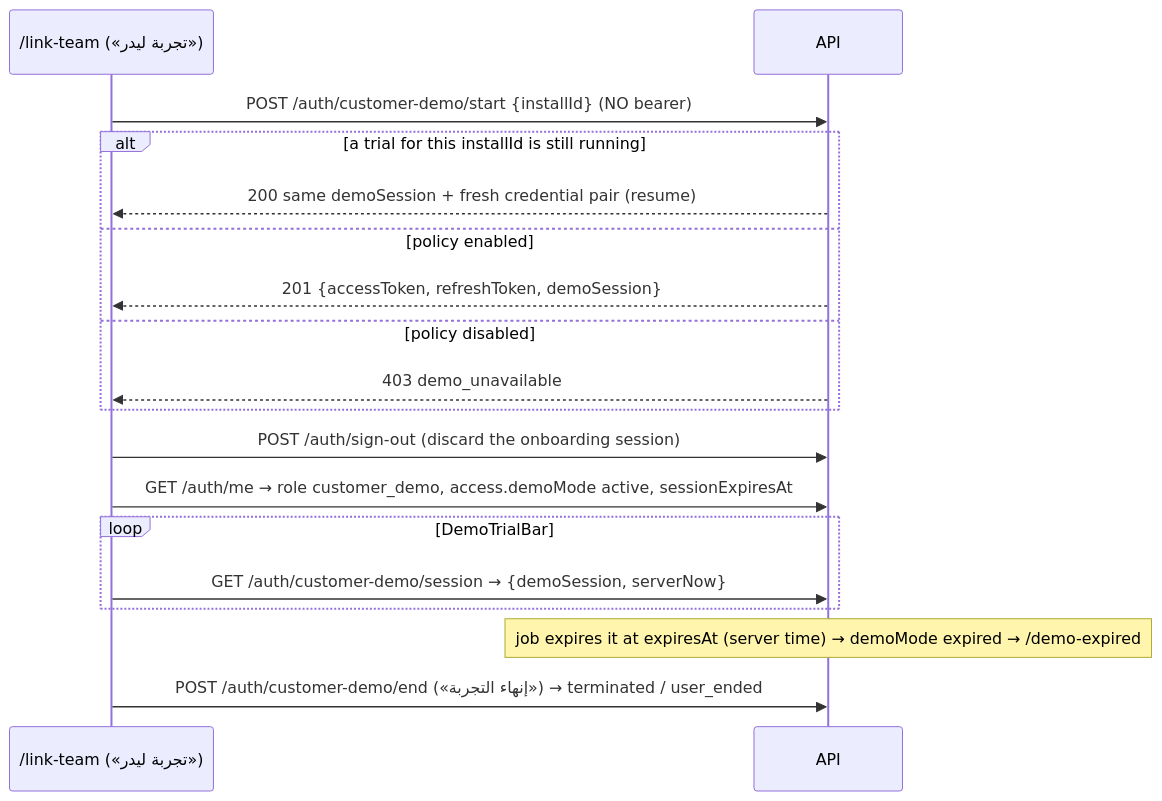
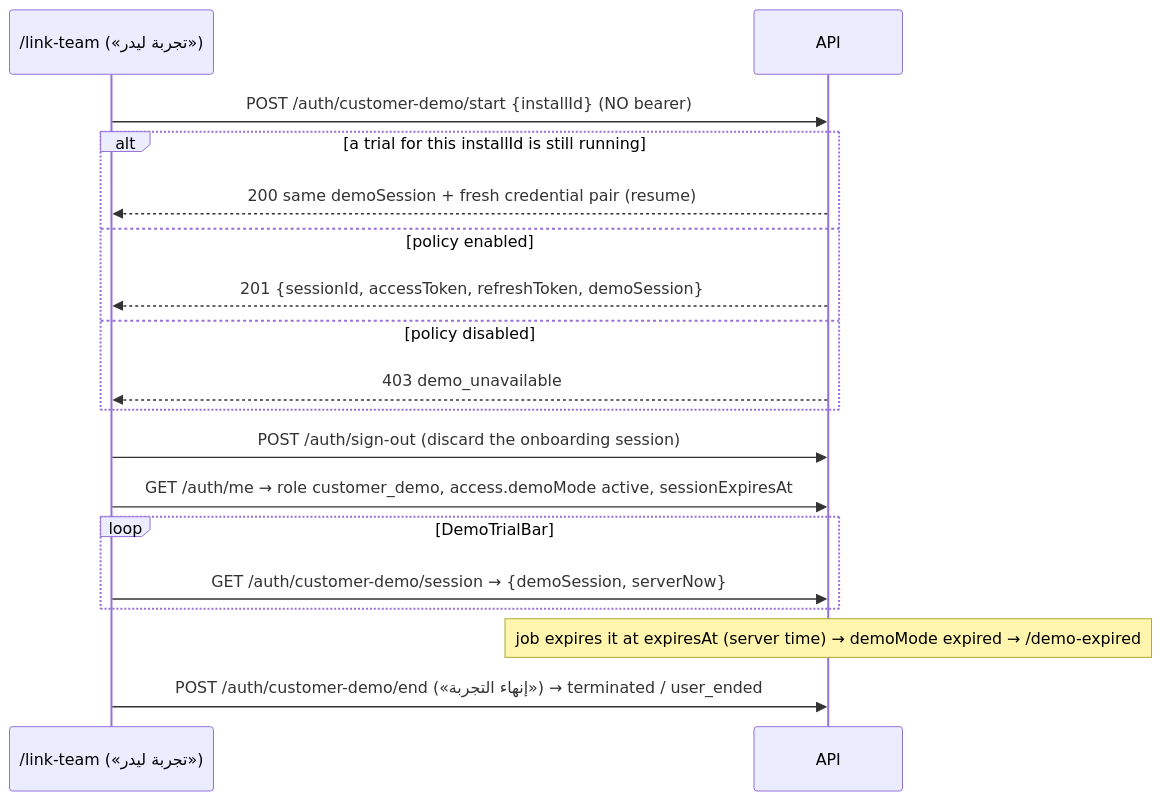
One commit to nullmod-dev/Leader_backend changed the tenth of 11 diagrams in docs/FRONTEND-INTEGRATION-GUIDE.md. Above: the diagram before and after it, drawn with Mermaid. The commit also changed other lines of this file and 30 other files, not shown here.

````diff
--- a/docs/FRONTEND-INTEGRATION-GUIDE.md
+++ b/docs/FRONTEND-INTEGRATION-GUIDE.md
@@ -824,20 +827,20 @@
 ```mermaid
 sequenceDiagram
   participant App as /link-team («تجربة ليدر»)
   participant API
   App->>API: POST /auth/customer-demo/start {installId}  (NO bearer)
   alt a trial for this installId is still running
     API-->>App: 200 same demoSession + fresh credential pair (resume)
   else policy enabled
-    API-->>App: 201 {accessToken, refreshToken, demoSession}
+    API-->>App: 201 {sessionId, accessToken, refreshToken, demoSession}
   else policy disabled
     API-->>App: 403 demo_unavailable
   end
   App->>API: POST /auth/sign-out (discard the onboarding session)
   App->>API: GET /auth/me → role customer_demo, access.demoMode active, sessionExpiresAt
   loop DemoTrialBar
     App->>API: GET /auth/customer-demo/session → {demoSession, serverNow}
   end
   Note over API: job expires it at expiresAt (server time) → demoMode expired → /demo-expired
   App->>API: POST /auth/customer-demo/end («إنهاء التجربة») → terminated / user_ended
 ```
````
